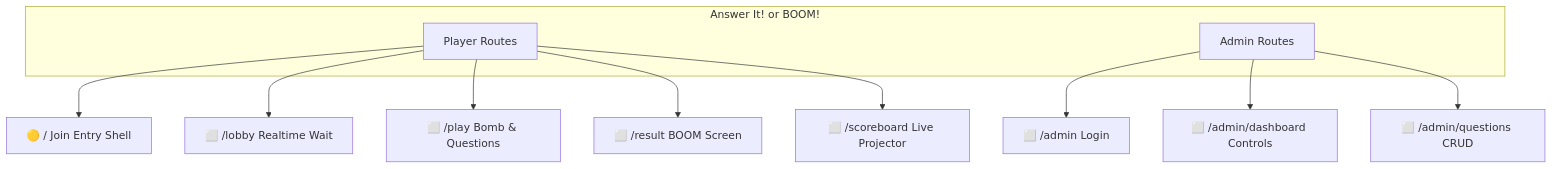
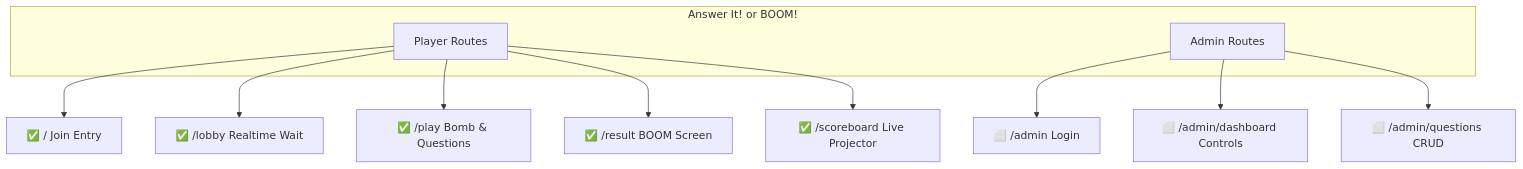
The diagram in docs/flow.md (ejay-detera/answer-it-or-boom), drawn with Mermaid before and after one commit. The commit also changed other lines of this file and 28 other files, not shown here.

````diff
--- a/docs/flow.md
+++ b/docs/flow.md
@@ -21,15 +21,15 @@
 ```mermaid
 flowchart TB
   subgraph app ["Answer It! or BOOM!"]
     P["Player Routes"]
     A["Admin Routes"]
   end
-  P --> R1["🟡 / Join Entry Shell"]
-  P --> R2["⬜ /lobby Realtime Wait"]
-  P --> R3["⬜ /play Bomb & Questions"]
-  P --> R4["⬜ /result BOOM Screen"]
-  P --> R5["⬜ /scoreboard Live Projector"]
+  P --> R1["✅ / Join Entry"]
+  P --> R2["✅ /lobby Realtime Wait"]
+  P --> R3["✅ /play Bomb & Questions"]
+  P --> R4["✅ /result BOOM Screen"]
+  P --> R5["✅ /scoreboard Live Projector"]
   A --> A1["⬜ /admin Login"]
   A --> A2["⬜ /admin/dashboard Controls"]
   A --> A3["⬜ /admin/questions CRUD"]
 ```
````
